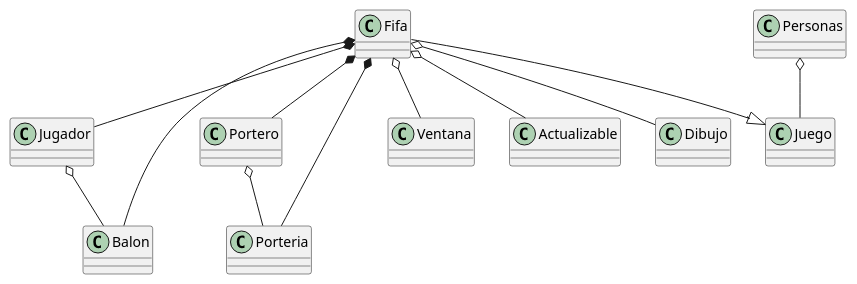
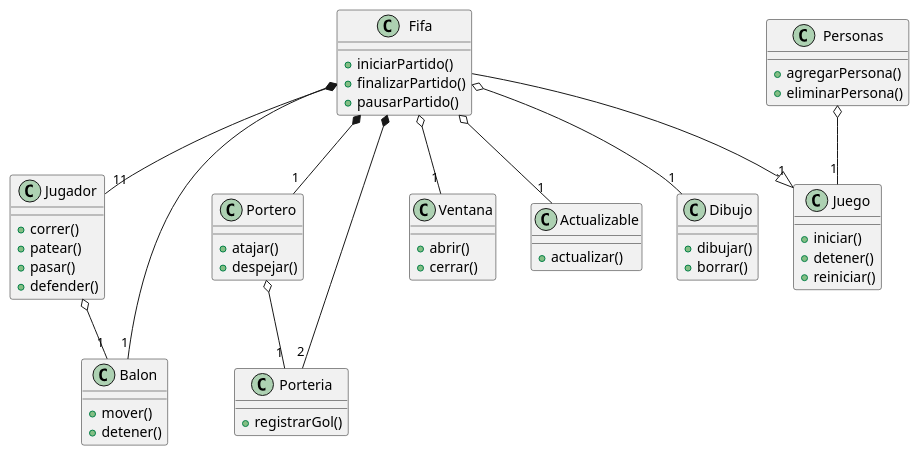
Before and after one commit to SilviodeJesusMarinGomez/Futbol_Proyecto: the diagram in docs/Diagrama.puml, drawn with PlantUML. The commit also changed 6 other files, not shown here.

```diff
--- a/docs/Diagrama.puml
+++ b/docs/Diagrama.puml
@@ -1,28 +1,67 @@
-@startuml Si
+@startuml
 
+class Fifa {
+    + iniciarPartido()
+    + finalizarPartido()
+    + pausarPartido()
+}
 
+class Personas {
+    + agregarPersona()
+    + eliminarPersona()
+}
 
-class Fifa
-class Personas
-class Jugador
-class Balon
-class Portero
-class Porteria
-class Ventana
-class Actualizable
-class Dibujo
-class Juego 
+class Jugador {
+    + correr()
+    + patear()
+    + pasar()
+    + defender()
+}
 
-Personas o-- Juego
-Fifa --|> Juego
-Fifa *-- Jugador
-Fifa *-- Porteria
-Fifa *-- Portero
-Fifa *-- Balon
-Fifa o-- Ventana
-Fifa o-- Dibujo
-Fifa o-- Actualizable
-Portero o-- Porteria
-Jugador o-- Balon
+class Balon {
+    + mover()
+    + detener()
+}
+
+class Portero {
+    + atajar()
+    + despejar()
+}
+
+class Porteria {
+    + registrarGol()
+}
+
+class Ventana {
+    + abrir()
+    + cerrar()
+}
+
+class Actualizable {
+    + actualizar()
+}
+
+class Dibujo {
+    + dibujar()
+    + borrar()
+}
+
+class Juego {
+    + iniciar()
+    + detener()
+    + reiniciar()
+}
+
+Personas o-- "1" Juego
+Fifa --|> "1" Juego
+Fifa *-- "11" Jugador
+Fifa *-- "2" Porteria
+Fifa *-- "1" Portero
+Fifa *-- "1" Balon
+Fifa o-- "1" Ventana
+Fifa o-- "1" Dibujo
+Fifa o-- "1" Actualizable
+Portero o-- "1" Porteria
+Jugador o-- "1" Balon
 
 @enduml
```
